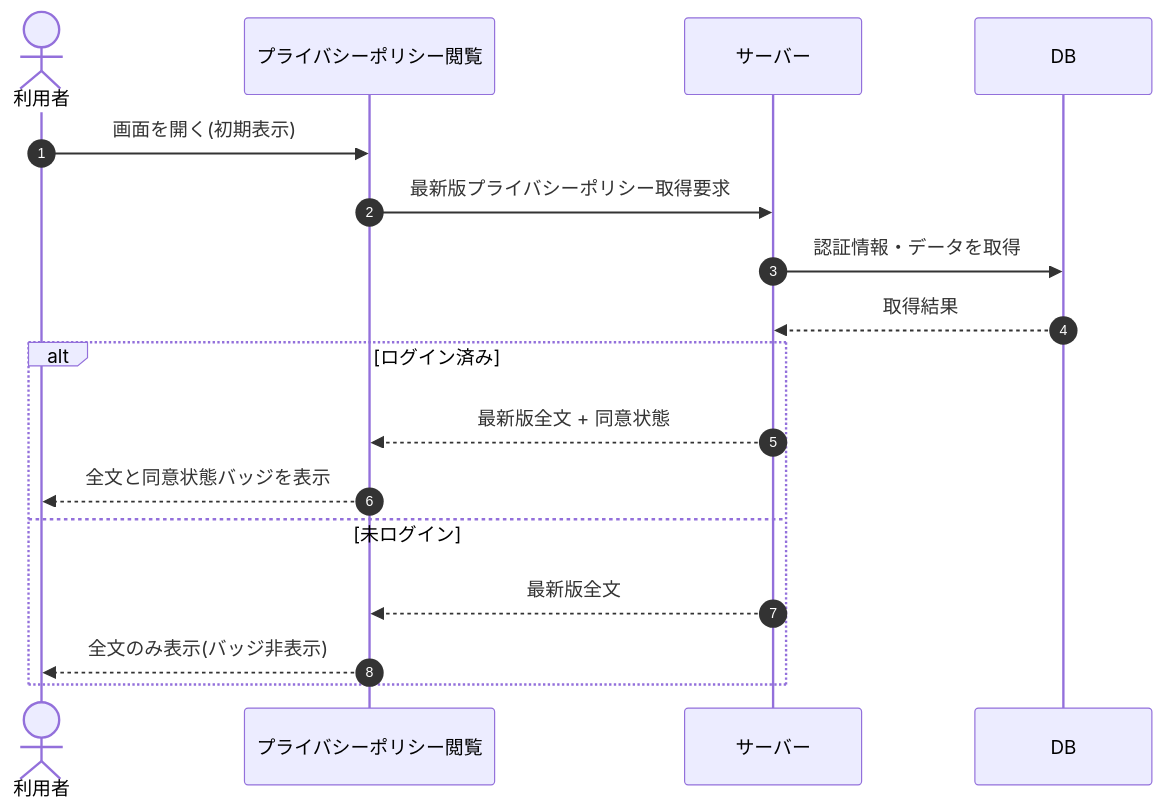
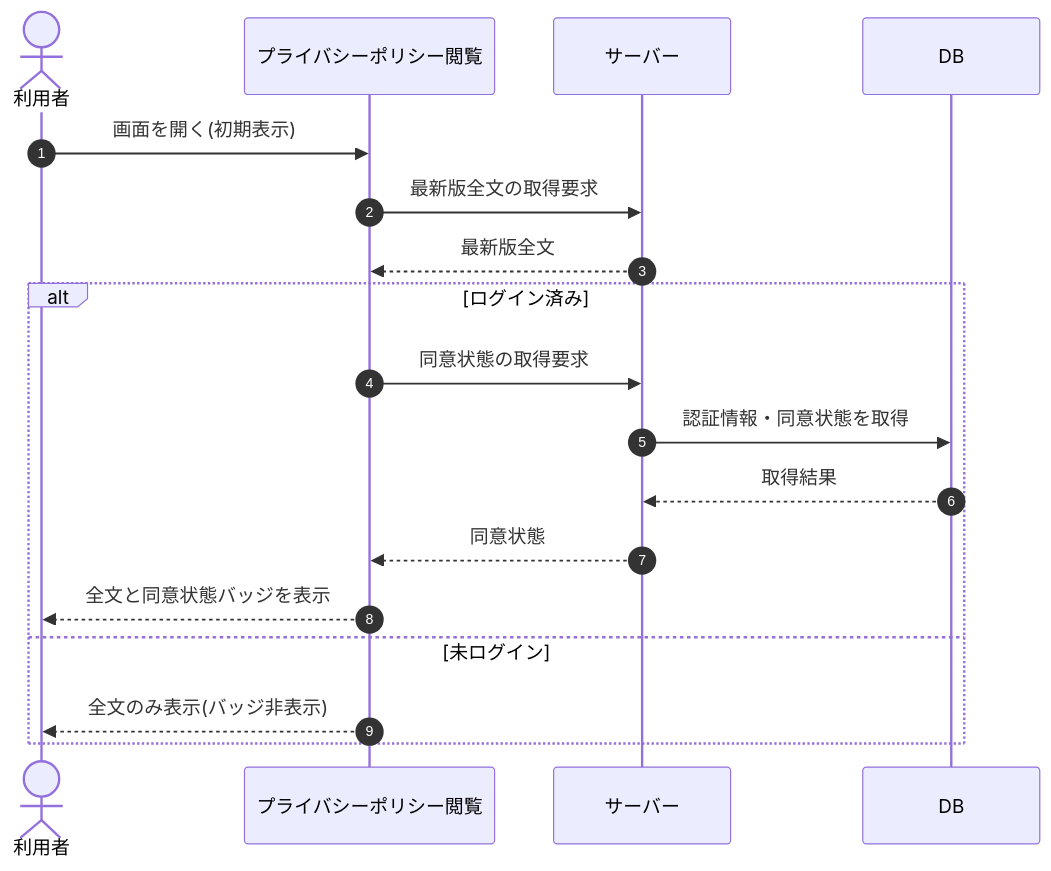
Before and after one commit to sikakou54/open-faq: the diagram in 02_basic_design/03_sequences/SEQ-076.md, drawn with Mermaid. The commit also changed other lines of this file and 54 other files, not shown here.

````diff
--- a/02_basic_design/03_sequences/SEQ-076.md
+++ b/02_basic_design/03_sequences/SEQ-076.md
@@ -24,19 +24,20 @@
 ```mermaid
 sequenceDiagram
   autonumber
   actor U as 利用者
   participant Screen as プライバシーポリシー閲覧
   participant Server as サーバー
   participant DB as DB
   U->>Screen: 画面を開く(初期表示)
-  Screen->>Server: 最新版プライバシーポリシー取得要求
-  Server->>DB: 認証情報・データを取得
-  DB-->>Server: 取得結果
+  Screen->>Server: 最新版全文の取得要求
+  Server-->>Screen: 最新版全文
   alt ログイン済み
-    Server-->>Screen: 最新版全文 + 同意状態
+    Screen->>Server: 同意状態の取得要求
+    Server->>DB: 認証情報・同意状態を取得
+    DB-->>Server: 取得結果
+    Server-->>Screen: 同意状態
     Screen-->>U: 全文と同意状態バッジを表示
   else 未ログイン
-    Server-->>Screen: 最新版全文
     Screen-->>U: 全文のみ表示(バッジ非表示)
   end
 ```
````
